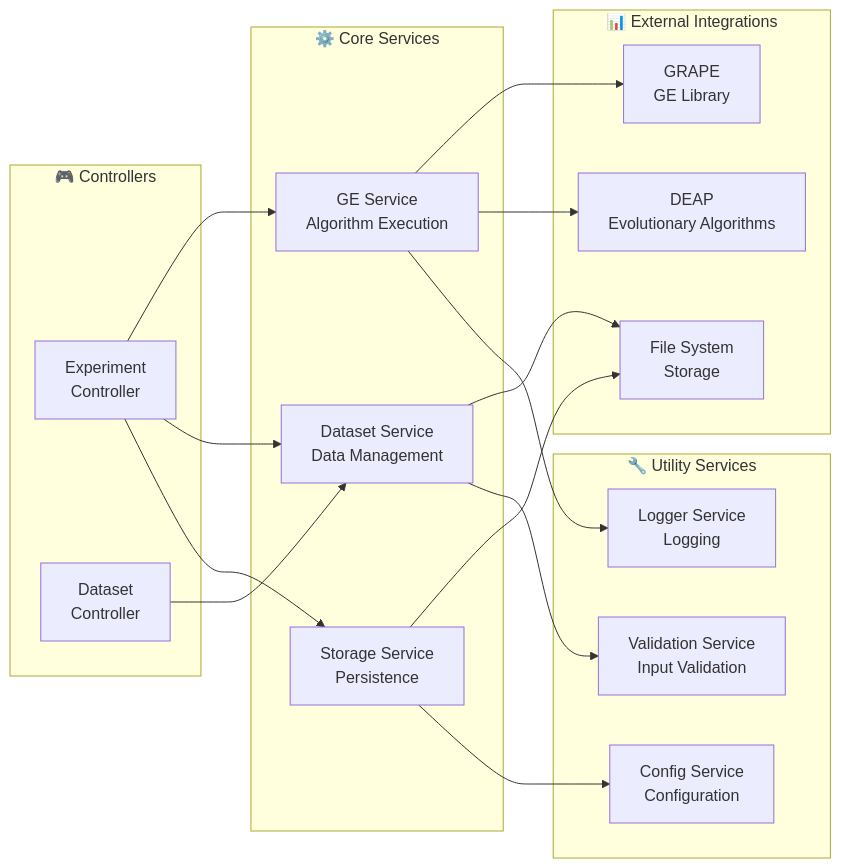
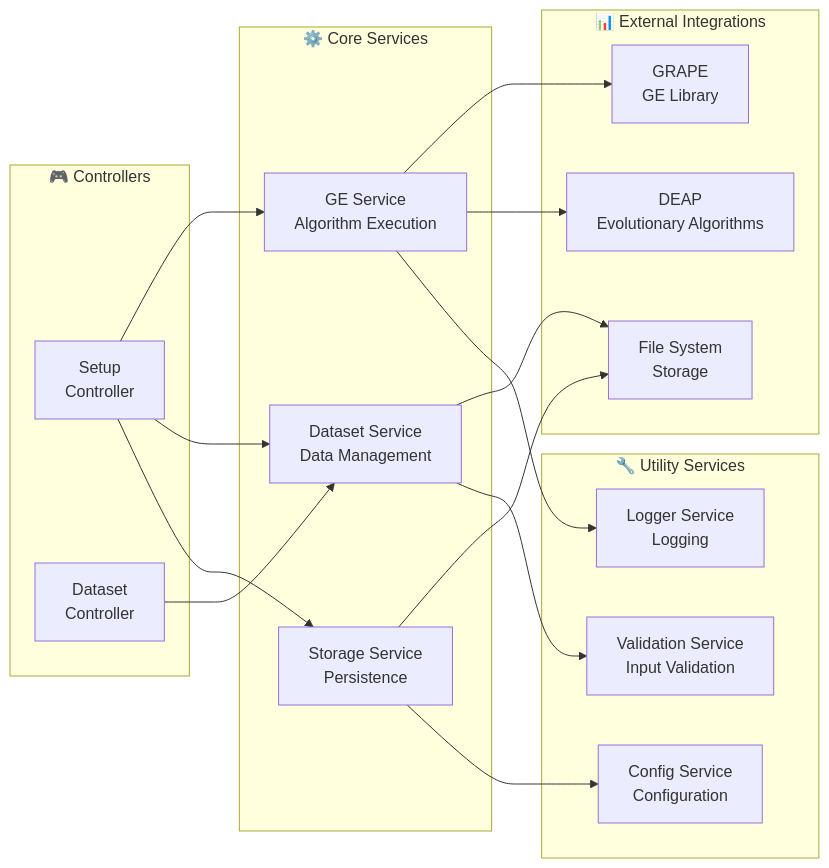
The sixth of 8 diagrams in ARCHITECTURE_DIAGRAMS.md (aghilhooshmand/UGE), drawn with Mermaid before and after one commit. The commit also changed other lines of this file and 24 other files, not shown here.

````diff
--- a/ARCHITECTURE_DIAGRAMS.md
+++ b/ARCHITECTURE_DIAGRAMS.md
@@ -457,39 +457,39 @@
 ```mermaid
 graph LR
     subgraph "🎮 Controllers"
-        EC[Experiment<br/>Controller]
+        EC[Setup<br/>Controller]
         DC[Dataset<br/>Controller]
     end
     
     subgraph "⚙️ Core Services"
         GES[GE Service<br/>Algorithm Execution]
         DS[Dataset Service<br/>Data Management]
         SS[Storage Service<br/>Persistence]
     end
     
     subgraph "🔧 Utility Services"
         LS[Logger Service<br/>Logging]
         CS[Config Service<br/>Configuration]
         VS[Validation Service<br/>Input Validation]
     end
     
     subgraph "📊 External Integrations"
         GRAPE[GRAPE<br/>GE Library]
         DEAP[DEAP<br/>Evolutionary Algorithms]
         FS[File System<br/>Storage]
     end
     
     EC --> GES
     EC --> DS
     EC --> SS
     DC --> DS
     
     GES --> GRAPE
     GES --> DEAP
     DS --> FS
     SS --> FS
     
     GES --> LS
     DS --> VS
     SS --> CS
 ```
````
